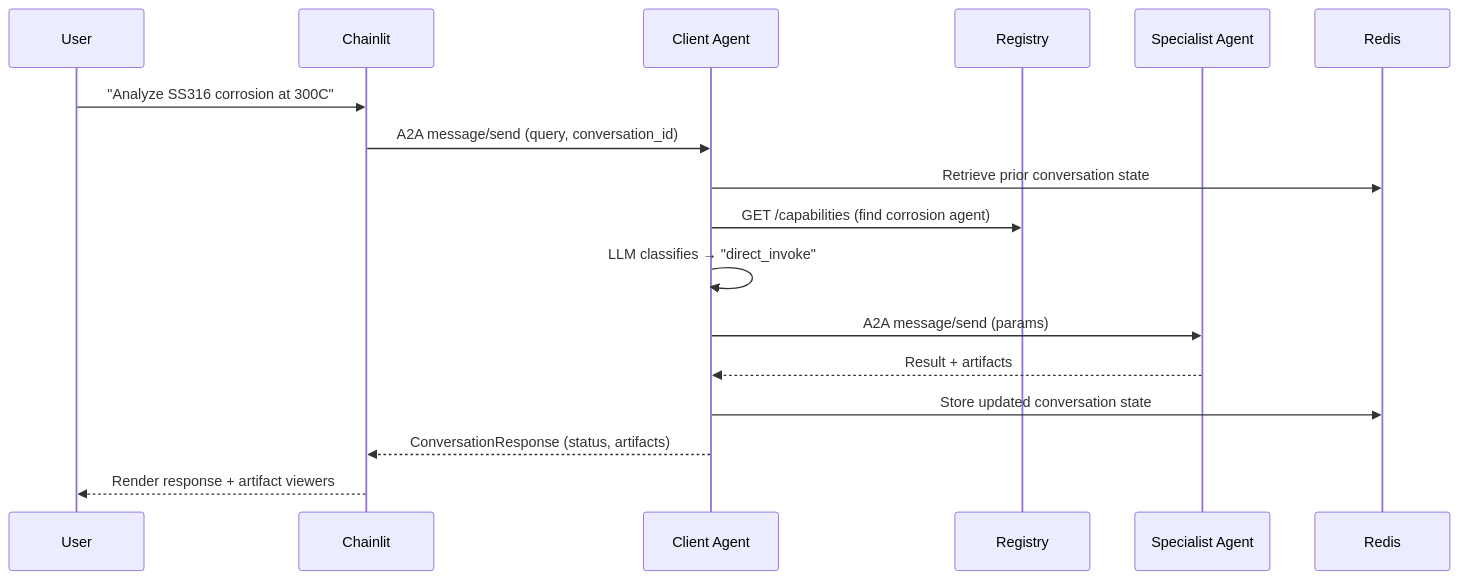
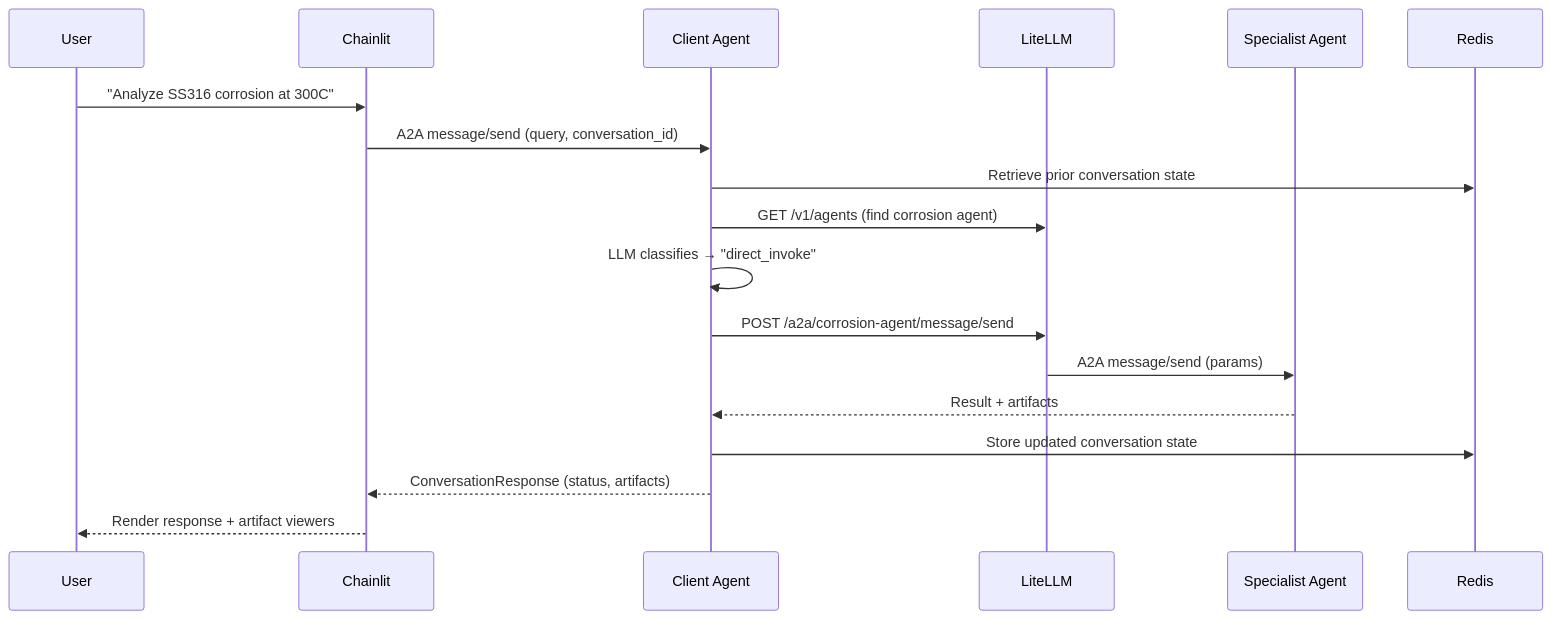
Before and after one commit to Jimmy-INL/prometheus_core: the second of 2 diagrams in docs/dev-docs/architecture.md, drawn with Mermaid. The commit also changed other lines of this file and 8 other files, not shown here.

````diff
--- a/docs/dev-docs/architecture.md
+++ b/docs/dev-docs/architecture.md
@@ -126,20 +124,21 @@
 ```mermaid
 sequenceDiagram
     participant U as User
     participant CL as Chainlit
     participant CA as Client Agent
-    participant REG as Registry
+    participant LLM as LiteLLM
     participant SA as Specialist Agent
     participant R as Redis
 
     U->>CL: "Analyze SS316 corrosion at 300C"
     CL->>CA: A2A message/send (query, conversation_id)
     CA->>R: Retrieve prior conversation state
-    CA->>REG: GET /capabilities (find corrosion agent)
+    CA->>LLM: GET /v1/agents (find corrosion agent)
     CA->>CA: LLM classifies → "direct_invoke"
-    CA->>SA: A2A message/send (params)
+    CA->>LLM: POST /a2a/corrosion-agent/message/send
+    LLM->>SA: A2A message/send (params)
     SA-->>CA: Result + artifacts
     CA->>R: Store updated conversation state
     CA-->>CL: ConversationResponse (status, artifacts)
     CL-->>U: Render response + artifact viewers
 ```
````
